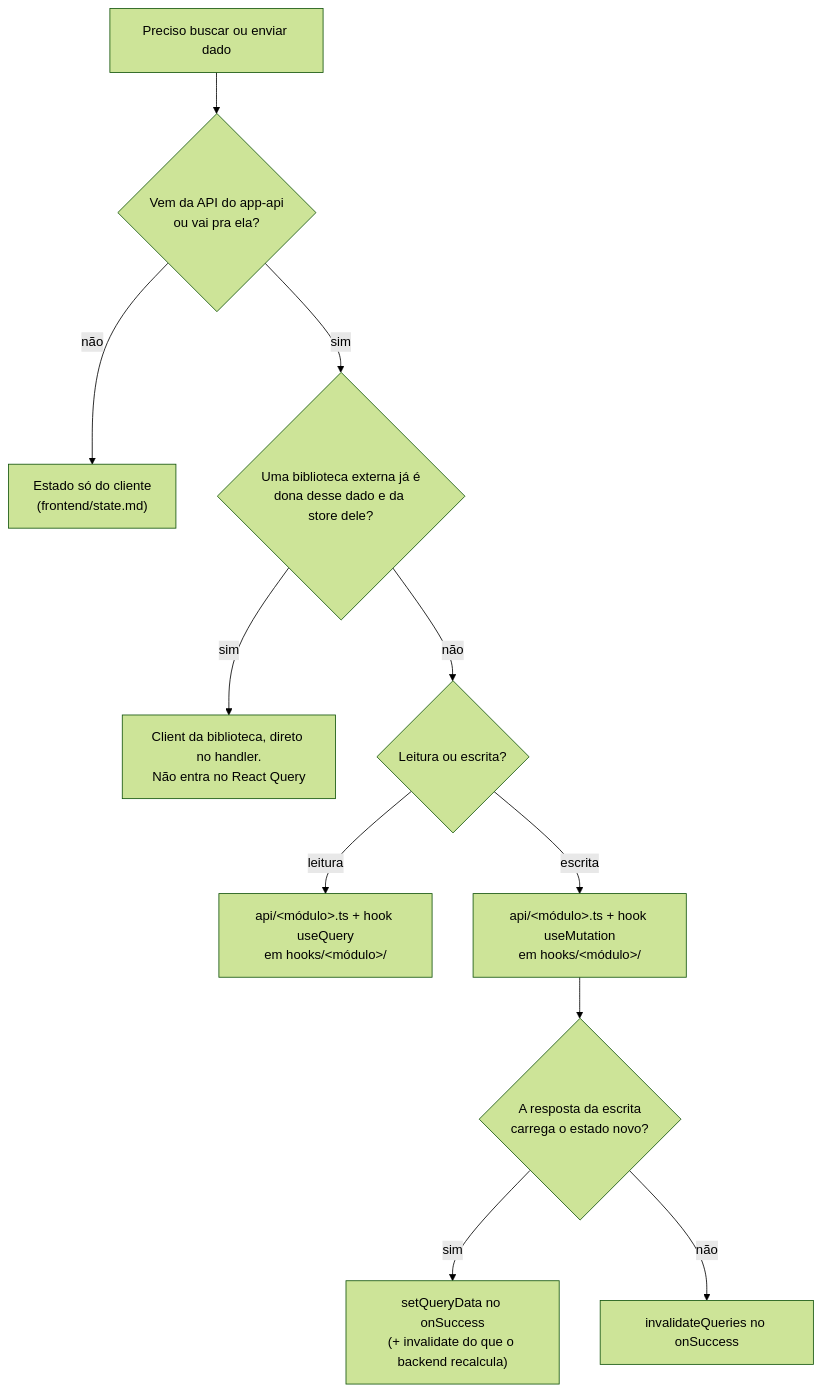
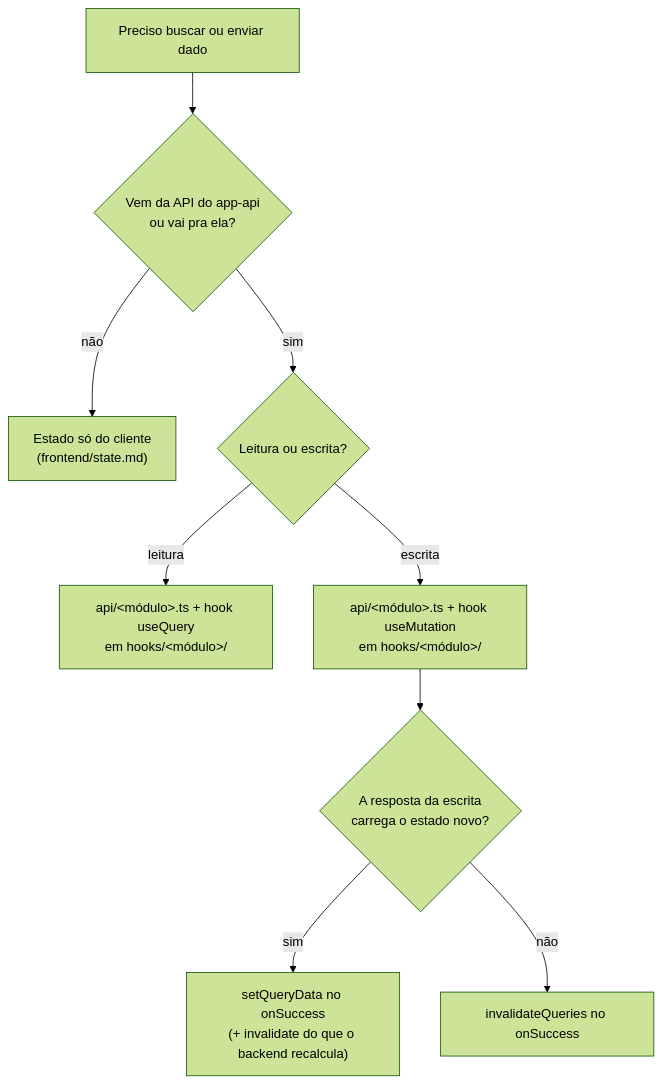
One commit to otonydesideri/metri changed the diagram in architecture/frontend/data-fetching.md. Above: the diagram before and after it, drawn with Mermaid (forest theme). The commit also changed other lines of this file and 48 other files, not shown here.

````diff
--- a/architecture/frontend/data-fetching.md
+++ b/architecture/frontend/data-fetching.md
@@ -34,13 +34,11 @@
 ```mermaid
 flowchart TD
     start[Preciso buscar ou enviar dado] --> server{Vem da API do app-api<br/>ou vai pra ela?}
     server -- não --> clientstate["Estado só do cliente<br/>(frontend/state.md)"]
-    server -- sim --> lib{Uma biblioteca externa já é<br/>dona desse dado e da store dele?}
-    lib -- sim --> native["Client da biblioteca, direto no handler.<br/>Não entra no React Query"]
-    lib -- não --> rw{Leitura ou escrita?}
+    server -- sim --> rw{Leitura ou escrita?}
     rw -- leitura --> query["api/&lt;módulo&gt;.ts + hook useQuery<br/>em hooks/&lt;módulo&gt;/"]
     rw -- escrita --> mutation["api/&lt;módulo&gt;.ts + hook useMutation<br/>em hooks/&lt;módulo&gt;/"]
     mutation --> sync{A resposta da escrita<br/>carrega o estado novo?}
     sync -- sim --> update["setQueryData no onSuccess<br/>(+ invalidate do que o backend recalcula)"]
     sync -- não --> invalidate["invalidateQueries no onSuccess"]
 ```
````
